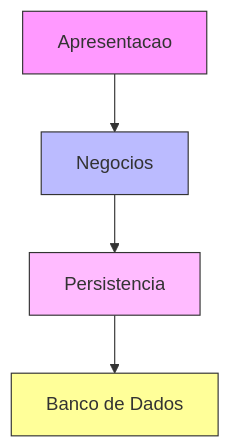
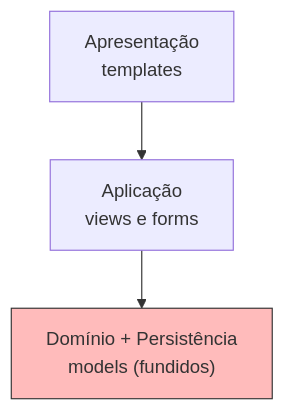
The fourth of 7 diagrams in PDS/arquitetura.md (claulis/Py), drawn with Mermaid before and after one commit. The commit also changed other lines of this file and 58 other files, not shown here.

First line of the commit message:
Refactor PDS project to implement SOLID principles and MVC architecture

````diff
--- a/PDS/arquitetura.md
+++ b/PDS/arquitetura.md
@@ -119,10 +129,6 @@
 ```mermaid
-   graph TD
-    A[Apresentacao] --> B[Negocios]
-    B --> C[Persistencia]
-    C --> D[Banco de Dados]
-    style A fill:#f9f,stroke:#333
-    style B fill:#bbf,stroke:#333
-    style C fill:#fbf,stroke:#333
-    style D fill:#ff9,stroke:#333
+graph TD
+    A[Apresentação<br/>templates] --> B[Aplicação<br/>views e forms]
+    B --> C["Domínio + Persistência<br/>models (fundidos)"]
+    style C fill:#fbb,stroke:#333
 ```
````
